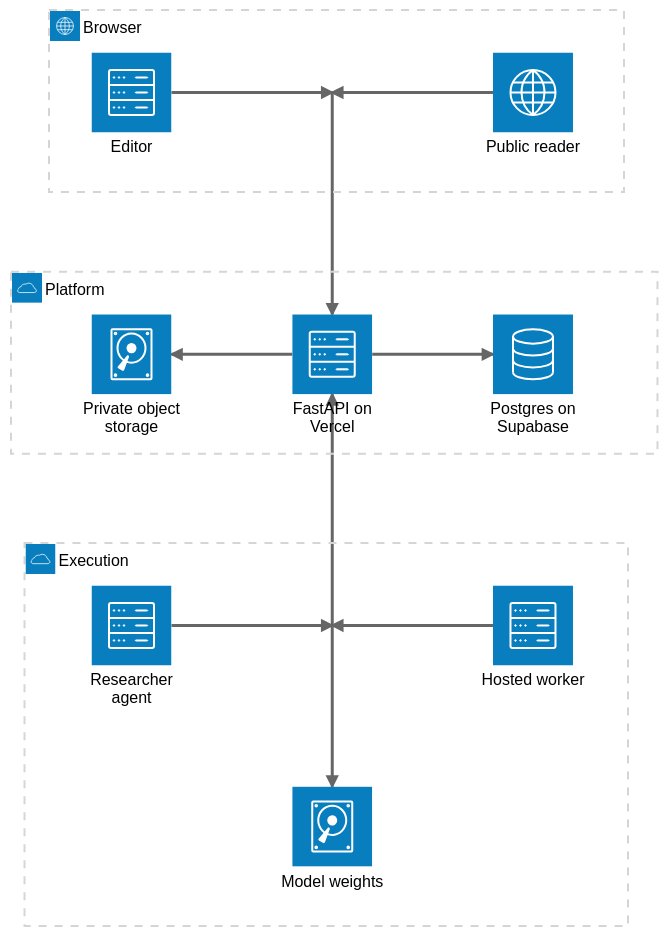
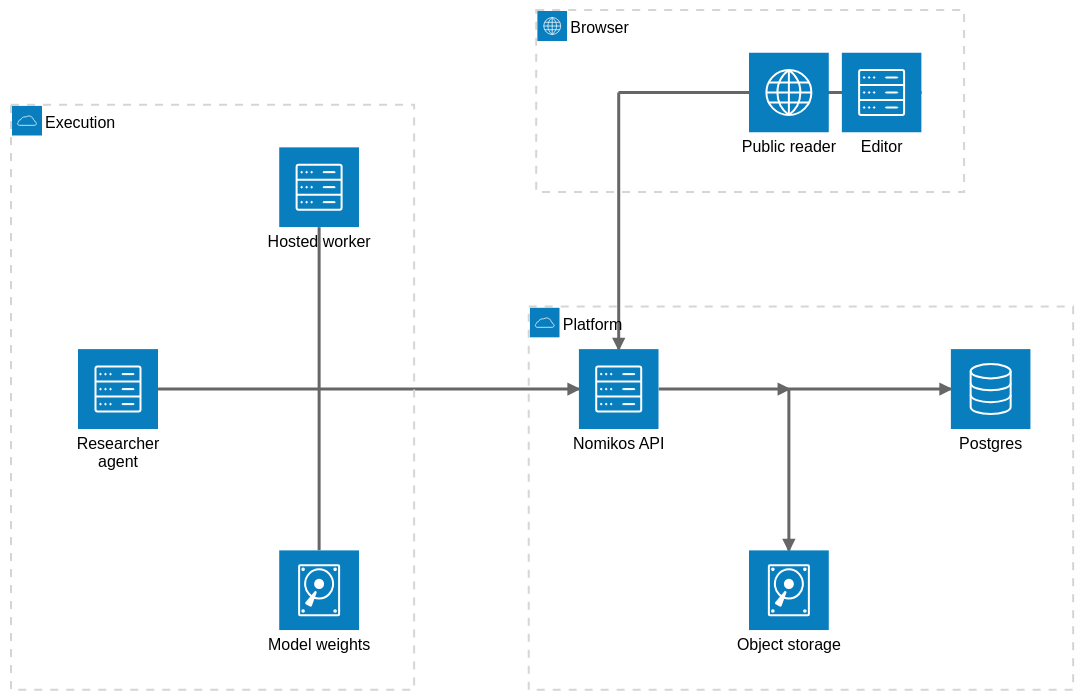
The diagram in README.md (kkkamur07/greekOCR), drawn with Mermaid (neutral theme) before and after one commit.

Commit message:
docs(readme): stop the diagram drawing an arrow into its own junction
Two defects in the rendered picture, both visible only once GitHub drew it.

The legs into each junction were arrows, so two arrowheads met nose to nose at
the junction dot and read as a collision rather than a fan-in. A junction leg is
not a direction, it is the same edge before it forks, so the legs are plain and
only the hop that leaves the junction carries the head.

The API had an edge leaving its bottom, and a node's caption sits under its
icon, so the line to the execution hosts was drawn straight through the words
'Nomikos API'. Execution now meets the API from the left and the two stores hang
off a fan-out junction on the right, which leaves the API with no bottom edge at
all. One caption crossing remains, on the hosted worker, where a leaf can afford
it and the busiest node in the picture cannot.

Claude-Session: https://claude.ai/code/session_014izdHCmFHwVo9NvCb9c7U9

````diff
--- a/README.md
+++ b/README.md
@@ -136,28 +136,30 @@
 ```mermaid
 architecture-beta
     group browser(internet)[Browser]
     service editor(server)[Editor] in browser
     service reader(internet)[Public reader] in browser
     junction clients in browser
 
     group platform(cloud)[Platform]
-    service api(server)[FastAPI on Vercel] in platform
-    service db(database)[Postgres on Supabase] in platform
-    service blobs(disk)[Private object storage] in platform
+    service api(server)[Nomikos API] in platform
+    service db(database)[Postgres] in platform
+    service blobs(disk)[Object storage] in platform
+    junction stores in platform
 
     group execution(cloud)[Execution]
     service agent(server)[Researcher agent] in execution
     service worker(server)[Hosted worker] in execution
     service models(disk)[Model weights] in execution
     junction hosts in execution
 
-    editor:R --> L:clients
-    reader:L --> R:clients
+    editor:R -- L:clients
+    reader:L -- R:clients
     clients:B --> T:api
-    api:R --> L:db
-    api:L --> R:blobs
-    hosts:T --> B:api
-    agent:R --> L:hosts
-    worker:L --> R:hosts
-    hosts:B --> T:models
+    api:R --> L:stores
+    stores:R --> L:db
+    stores:B --> T:blobs
+    agent:R -- L:hosts
+    worker:B -- T:hosts
+    models:T -- B:hosts
+    hosts:R --> L:api
 ```
````
